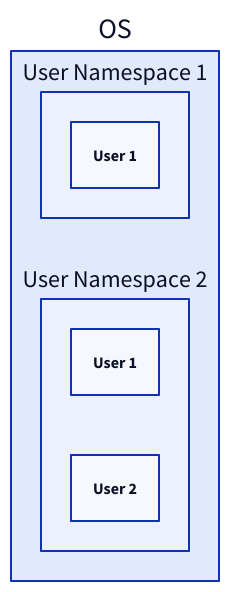
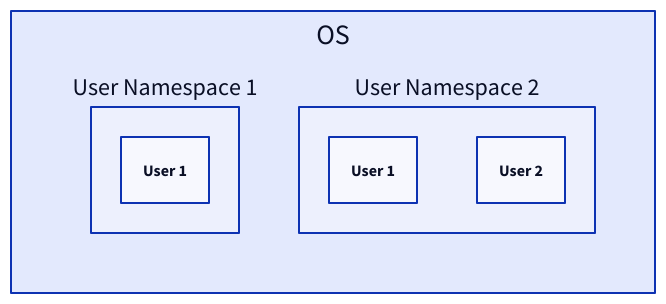
The fifth of 26 diagrams in content/docs/system-administration/system-deployment/containerization.md (link1905/system-design-101), drawn with D2 before and after one commit. The commit also changed other lines of this file and 21 other files, not shown here.

````diff
--- a/content/docs/system-administration/system-deployment/containerization.md
+++ b/content/docs/system-administration/system-deployment/containerization.md
@@ -178,18 +189,19 @@
 ```d2
 direction: right
 OS {
+  grid-rows: 1
   c1: User Namespace 1 {
     u1: User 1 {
-        class: user
+        class: client
     }
   }
   c2: User Namespace 2 {
     u1: User 1 {
-        class: user
+        class: client
     }
     u2: User 2 {
-        class: user
+        class: client
     }
   }
 }
 ```
````
